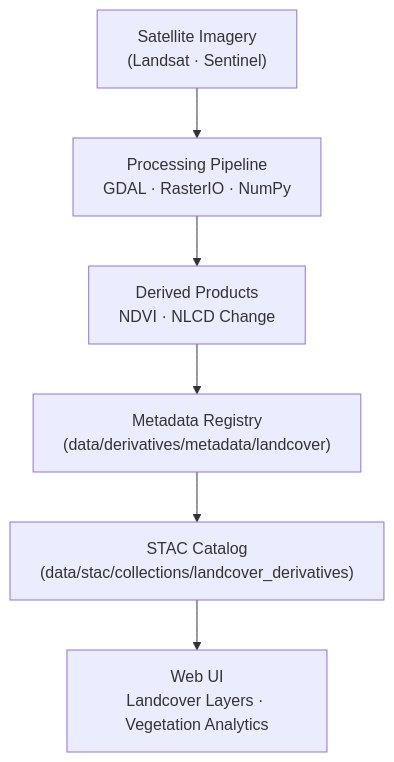
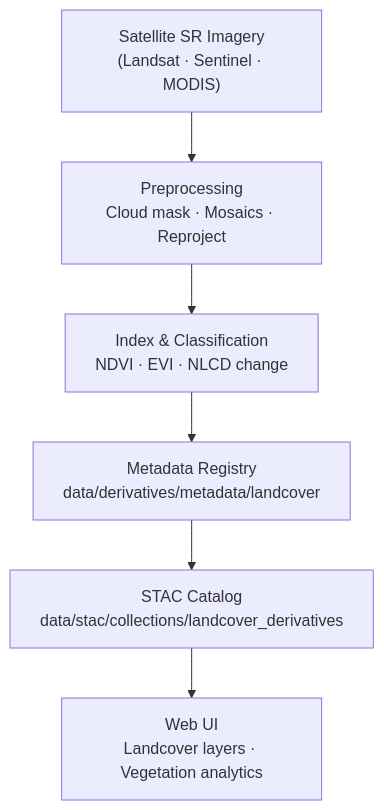
Before and after one commit to bartytime4life/Kansas-Frontier-Matrix: the diagram in data/derivatives/metadata/landcover/README.md, drawn with Mermaid. The commit also changed other lines of this file, not shown here.

````diff
--- a/data/derivatives/metadata/landcover/README.md
+++ b/data/derivatives/metadata/landcover/README.md
@@ -104,9 +115,9 @@
 ```mermaid
 flowchart TD
-    A["Satellite Imagery<br/>(Landsat · Sentinel)"]
-        --> B["Processing Pipeline<br/>GDAL · RasterIO · NumPy"]
-    B --> C["Derived Products<br/>NDVI · NLCD Change"]
-    C --> D["Metadata Registry<br/>(data/derivatives/metadata/landcover)"]
-    D --> E["STAC Catalog<br/>(data/stac/collections/landcover_derivatives)"]
-    E --> F["Web UI<br/>Landcover Layers · Vegetation Analytics"]
+  A["Satellite SR Imagery<br/>(Landsat · Sentinel · MODIS)"]
+    --> B["Preprocessing<br/>Cloud mask · Mosaics · Reproject"]
+  B --> C["Index & Classification<br/>NDVI · EVI · NLCD change"]
+  C --> D["Metadata Registry<br/>data/derivatives/metadata/landcover"]
+  D --> E["STAC Catalog<br/>data/stac/collections/landcover_derivatives"]
+  E --> F["Web UI<br/>Landcover layers · Vegetation analytics"]
 ```
````
